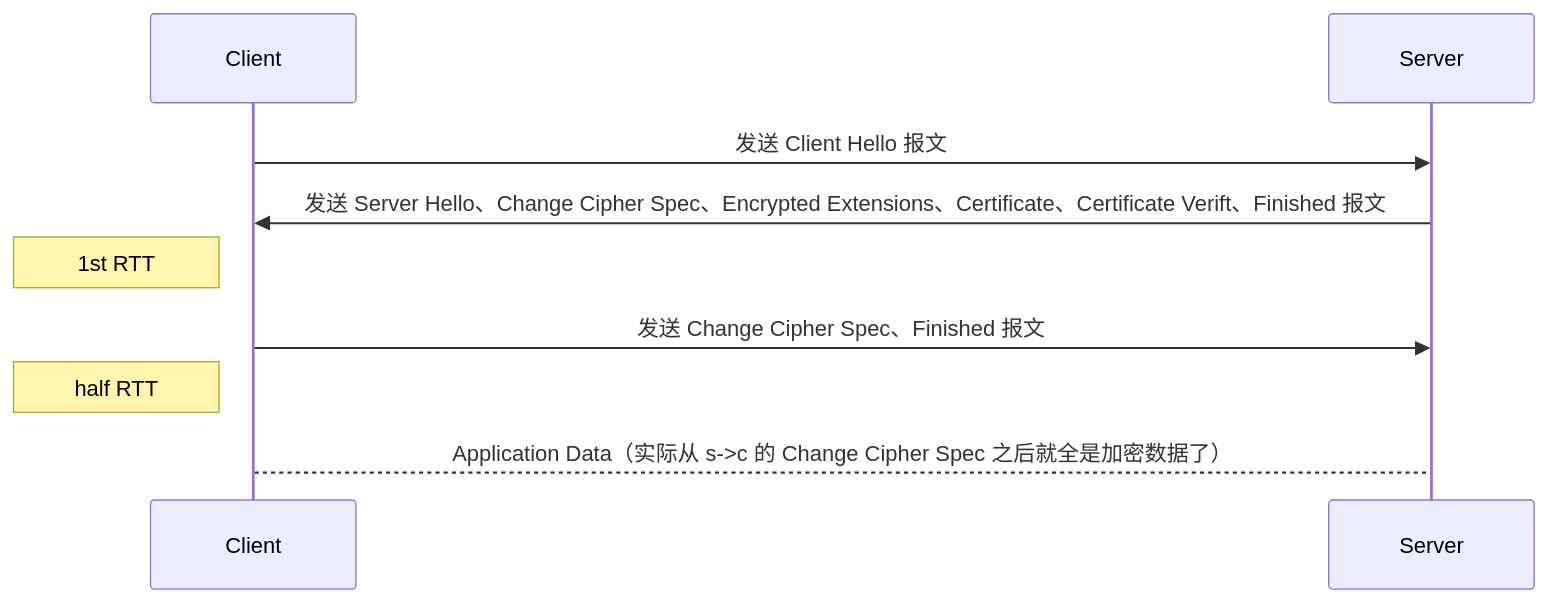
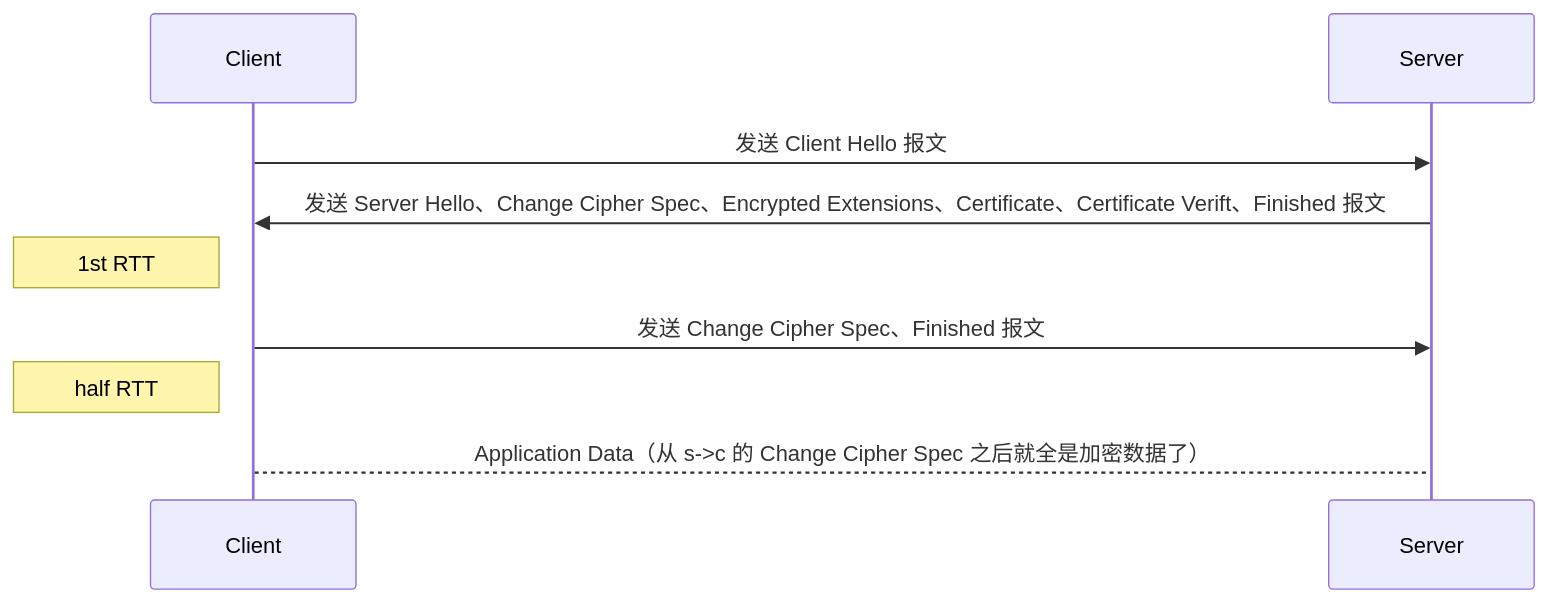
One commit to marsvillager/marsvillager.github.io changed the second of 2 diagrams in docs/TLS.md. Above: the diagram before and after it, drawn with Mermaid. The commit also changed other lines of this file and 14 other files, not shown here.

````diff
--- a/docs/TLS.md
+++ b/docs/TLS.md
@@ -151,16 +150,16 @@
 ```mermaid
 sequenceDiagram
     participant Client
     participant Server
 
     Client->>Server: 发送 Client Hello 报文
     Server->>Client: 发送 Server Hello、Change Cipher Spec、Encrypted Extensions、Certificate、Certificate Verift、Finished 报文
     
     note left of Client: 1st RTT
     
     Client->>Server: 发送 Change Cipher Spec、Finished 报文
     
     note left of Client: half RTT
     
-    Client-->Server: Application Data（实际从 s->c 的 Change Cipher Spec 之后就全是加密数据了）
+    Client-->Server: Application Data（从 s->c 的 Change Cipher Spec 之后就全是加密数据了）
 ```
````
